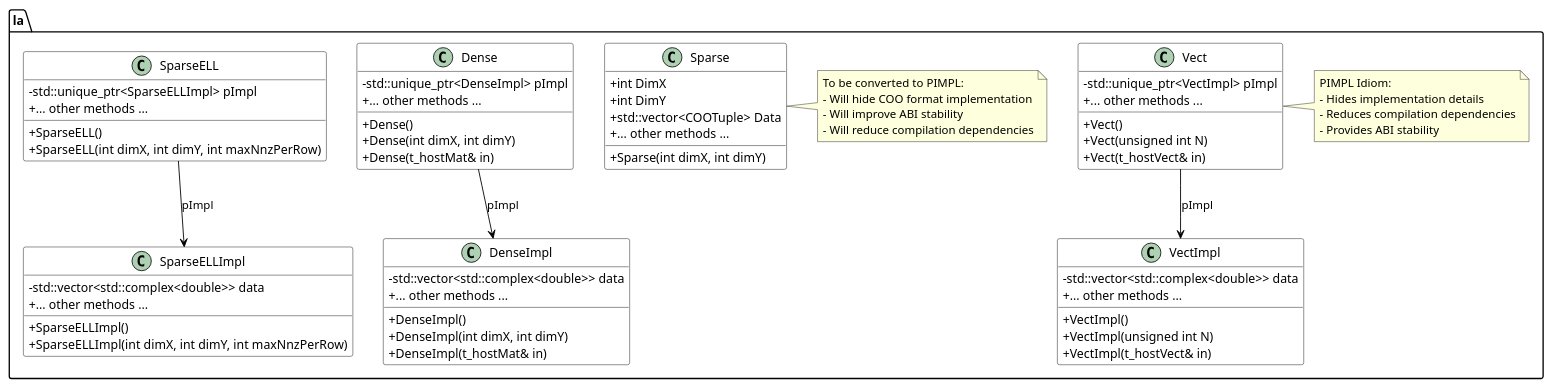
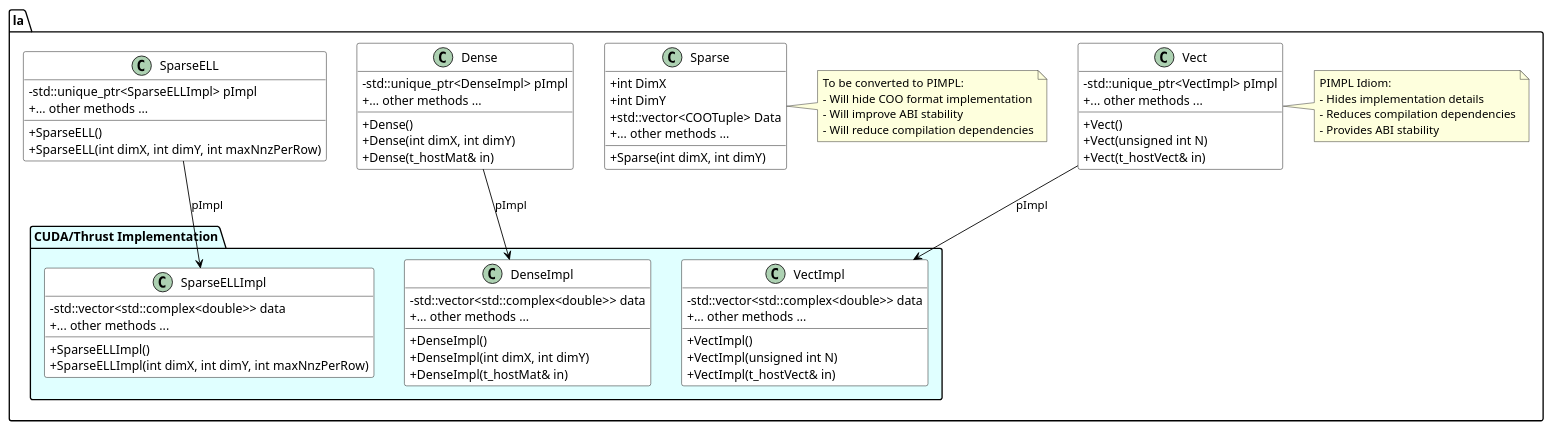
The diagram in docs/openQMC-api.wsd (cstevenson98/OpenQMC), drawn with PlantUML before and after one commit. The commit also changed 17 other files, not shown here.

```diff
--- a/docs/openQMC-api.wsd
+++ b/docs/openQMC-api.wsd
@@ -1,91 +1,93 @@
 @startuml Matrix Classes PIMPL Structure
 
 ' Style settings
 skinparam classAttributeIconSize 0
 skinparam class {
     BackgroundColor White
     ArrowColor Black
     BorderColor Black
 }
 
 package "la" {
-    ' Vect class (existing PIMPL)
-    class VectImpl {
-        - std::vector<std::complex<double>> data
-        + VectImpl()
-        + VectImpl(unsigned int N)
-        + VectImpl(t_hostVect& in)
-        + ... other methods ...
+    package "CUDA/Thrust Implementation" as cuda #LightCyan {
+        ' Vect class (existing PIMPL)
+        class VectImpl {
+            - std::vector<std::complex<double>> data
+            + VectImpl()
+            + VectImpl(unsigned int N)
+            + VectImpl(t_hostVect& in)
+            + ... other methods ...
+        }
+
+        ' Dense class (existing PIMPL)
+        class DenseImpl {
+            - std::vector<std::complex<double>> data
+            + DenseImpl()
+            + DenseImpl(int dimX, int dimY)
+            + DenseImpl(t_hostMat& in)
+            + ... other methods ...
+        }
+
+        ' SparseELL class (existing PIMPL)
+        class SparseELLImpl {
+            - std::vector<std::complex<double>> data
+            + SparseELLImpl()
+            + SparseELLImpl(int dimX, int dimY, int maxNnzPerRow)
+            + ... other methods ...
+        }
     }
 
     class Vect {
         - std::unique_ptr<VectImpl> pImpl
         + Vect()
         + Vect(unsigned int N)
         + Vect(t_hostVect& in)
         + ... other methods ...
     }
 
     Vect --> VectImpl : pImpl
 
     note right of Vect
       PIMPL Idiom:
       - Hides implementation details
       - Reduces compilation dependencies
       - Provides ABI stability
     end note
-
-    ' Dense class (existing PIMPL)
-    class DenseImpl {
-        - std::vector<std::complex<double>> data
-        + DenseImpl()
-        + DenseImpl(int dimX, int dimY)
-        + DenseImpl(t_hostMat& in)
-        + ... other methods ...
-    }
 
     class Dense {
         - std::unique_ptr<DenseImpl> pImpl
         + Dense()
         + Dense(int dimX, int dimY)
         + Dense(t_hostMat& in)
         + ... other methods ...
     }
 
     Dense --> DenseImpl : pImpl
 
     ' Sparse class (to be converted to PIMPL)
     class Sparse {
         + int DimX
         + int DimY
         + std::vector<COOTuple> Data
         + Sparse(int dimX, int dimY)
         + ... other methods ...
     }
 
     note right of Sparse
       To be converted to PIMPL:
       - Will hide COO format implementation
       - Will improve ABI stability
       - Will reduce compilation dependencies
     end note
 
-    ' SparseELL class (existing PIMPL)
-    class SparseELLImpl {
-        - std::vector<std::complex<double>> data
-        + SparseELLImpl()
-        + SparseELLImpl(int dimX, int dimY, int maxNnzPerRow)
-        + ... other methods ...
-    }
-
     class SparseELL {
         - std::unique_ptr<SparseELLImpl> pImpl
         + SparseELL()
         + SparseELL(int dimX, int dimY, int maxNnzPerRow)
         + ... other methods ...
     }
 
     SparseELL --> SparseELLImpl : pImpl
 }
 
 @enduml
```
